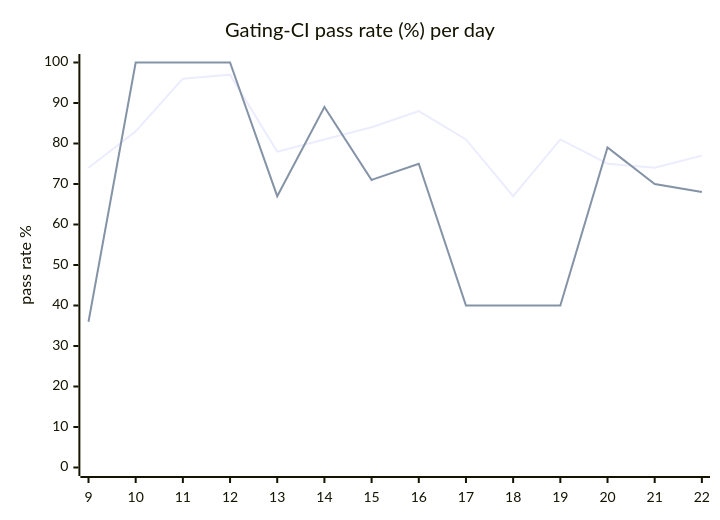
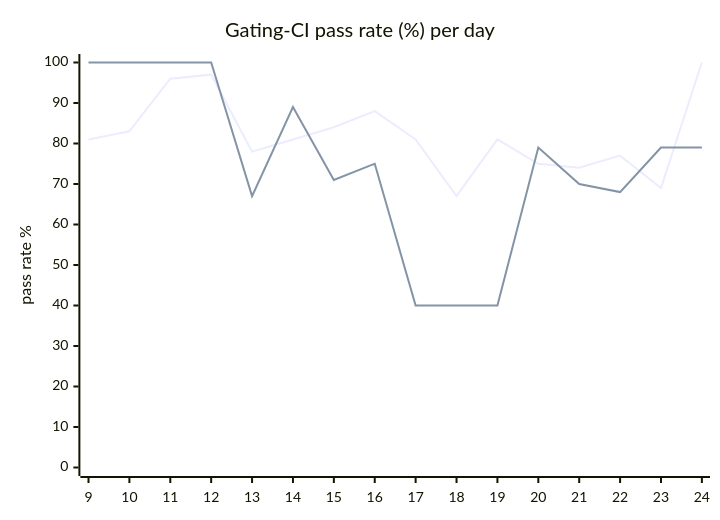
One commit to hatchet-dev/hatchet changed the diagram in hack/ci/ci-dashboard/staging/issue.md. Above: the diagram before and after it, drawn with Mermaid. The commit also changed other lines of this file, not shown here.

````diff
--- a/hack/ci/ci-dashboard/staging/issue.md
+++ b/hack/ci/ci-dashboard/staging/issue.md
@@ -9,8 +9,8 @@
 ```mermaid
 xychart-beta
   title "Gating-CI pass rate (%) per day"
-  x-axis [9, 10, 11, 12, 13, 14, 15, 16, 17, 18, 19, 20, 21, 22]
+  x-axis [9, 10, 11, 12, 13, 14, 15, 16, 17, 18, 19, 20, 21, 22, 23, 24]
   y-axis "pass rate %" 0 --> 100
-  line "CI" [74, 83, 96, 97, 78, 81, 84, 88, 81, 67, 81, 75, 74, 77]
-  line "main" [36, 100, 100, 100, 67, 89, 71, 75, 40, 40, 40, 79, 70, 68]
+  line "CI" [81, 83, 96, 97, 78, 81, 84, 88, 81, 67, 81, 75, 74, 77, 69, 100]
+  line "main" [100, 100, 100, 100, 67, 89, 71, 75, 40, 40, 40, 79, 70, 68, 79, 79]
 ```
````
